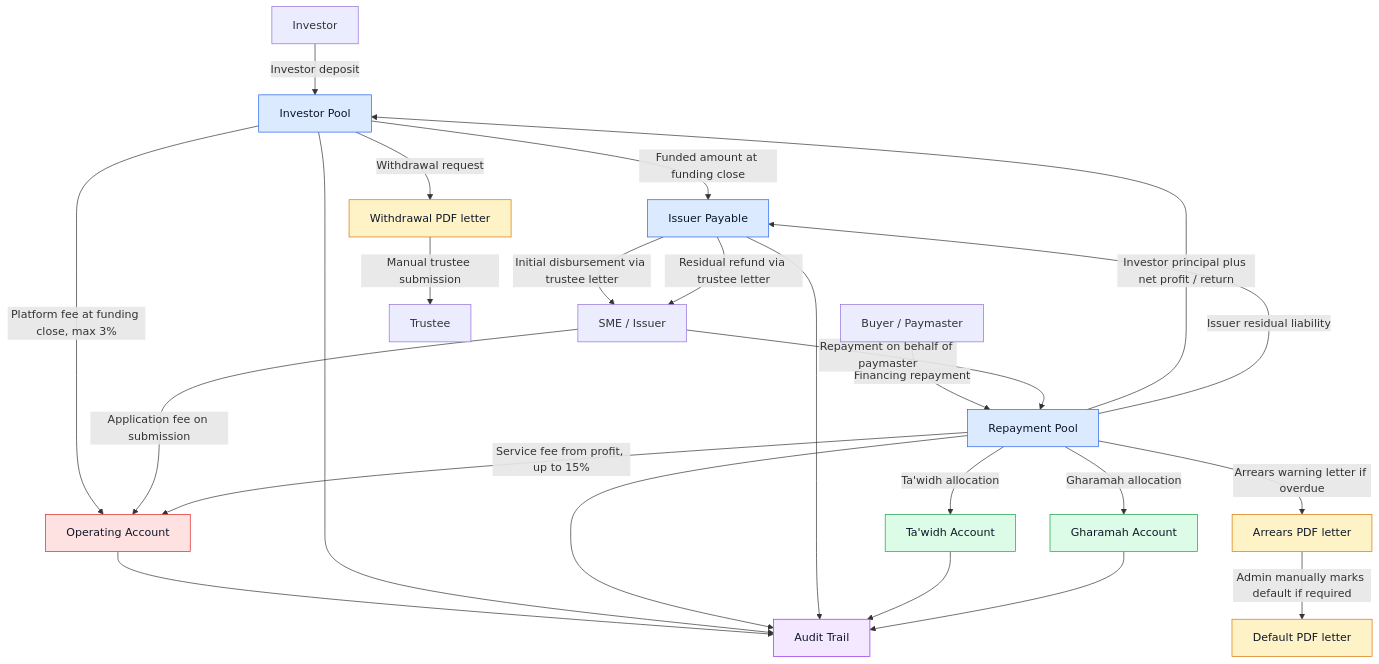
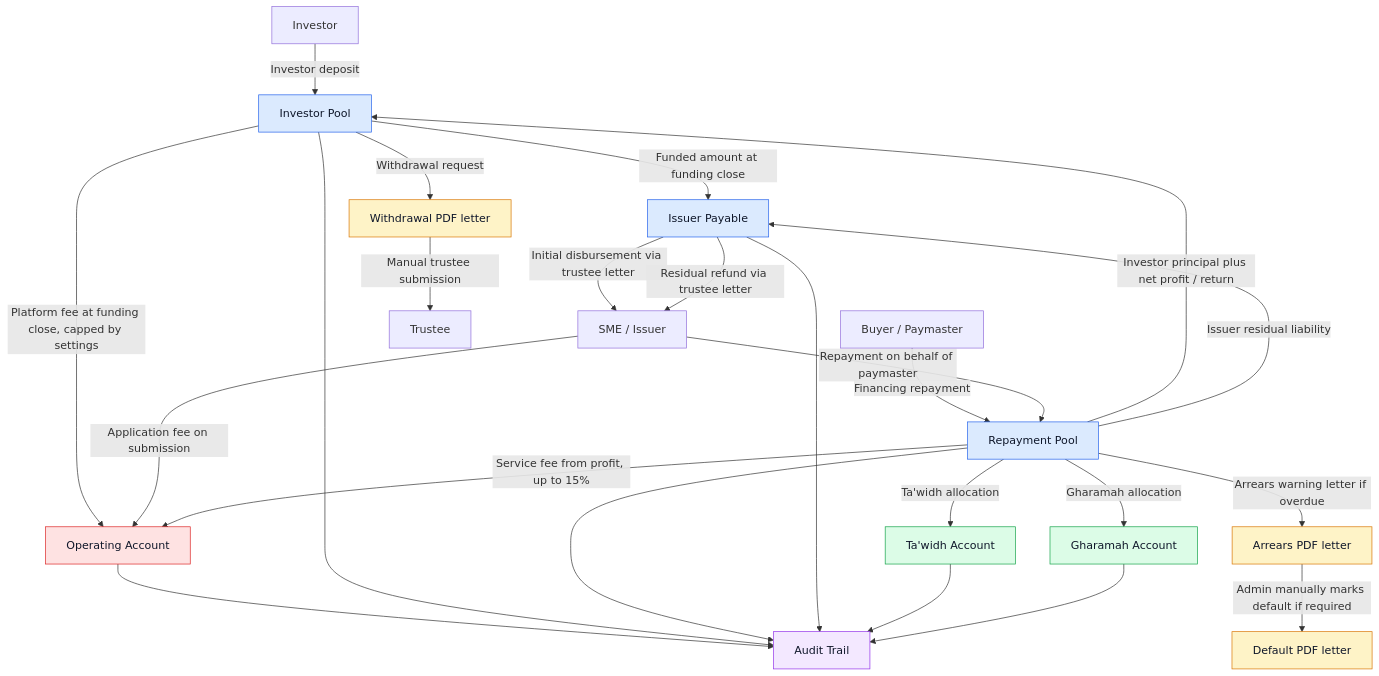
Before and after one commit to Malcan-Technologies/shoraka: the first of 2 diagrams in packages/help-content/markdown/admin-note-money-flow.md, drawn with Mermaid. The commit also changed other lines of this file and 47 other files, not shown here.

First line of the commit message:
feat: integrate service fee trustee workflow and platform fee rate handling

````diff
--- a/packages/help-content/markdown/admin-note-money-flow.md
+++ b/packages/help-content/markdown/admin-note-money-flow.md
@@ -65,38 +67,38 @@
 ```mermaid
 flowchart TD
   investor["Investor"] -->|"Investor deposit"| investorPool["Investor Pool"]
   investorPool -->|"Funded amount at funding close"| issuerPayable["Issuer Payable"]
-  investorPool -->|"Platform fee at funding close, max 3%"| operating["Operating Account"]
+  investorPool -->|"Platform fee at funding close, capped by settings"| operating["Operating Account"]
   issuerPayable -->|"Initial disbursement via trustee letter"| issuer["SME / Issuer"]
   issuer -->|"Application fee on submission"| operating
   paymaster["Buyer / Paymaster"] -->|"Financing repayment"| repaymentPool["Repayment Pool"]
   issuer -->|"Repayment on behalf of paymaster"| repaymentPool
   repaymentPool -->|"Investor principal plus net profit / return"| investorPool
   repaymentPool -->|"Service fee from profit, up to 15%"| operating
   repaymentPool -->|"Issuer residual liability"| issuerPayable
   issuerPayable -->|"Residual refund via trustee letter"| issuer
   repaymentPool -->|"Ta'widh allocation"| tawidh["Ta'widh Account"]
   repaymentPool -->|"Gharamah allocation"| gharamah["Gharamah Account"]
   investorPool -->|"Withdrawal request"| withdrawalLetter["Withdrawal PDF letter"]
   withdrawalLetter -->|"Manual trustee submission"| trustee["Trustee"]
   repaymentPool -->|"Arrears warning letter if overdue"| arrearsLetter["Arrears PDF letter"]
   arrearsLetter -->|"Admin manually marks default if required"| defaultLetter["Default PDF letter"]
   operating --> audit["Audit Trail"]
   investorPool --> audit
   repaymentPool --> audit
   issuerPayable --> audit
   tawidh --> audit
   gharamah --> audit
 
   class investorPool,repaymentPool,issuerPayable pool
   class operating operatingAccount
   class tawidh,gharamah syariahAccount
   class withdrawalLetter,arrearsLetter,defaultLetter documentStep
   class audit auditStep
 
   classDef pool fill:#dbeafe,stroke:#2563eb,color:#0f172a
   classDef operatingAccount fill:#fee2e2,stroke:#dc2626,color:#0f172a
   classDef syariahAccount fill:#dcfce7,stroke:#16a34a,color:#0f172a
   classDef documentStep fill:#fef3c7,stroke:#d97706,color:#0f172a
   classDef auditStep fill:#f3e8ff,stroke:#9333ea,color:#0f172a
 ```
````
